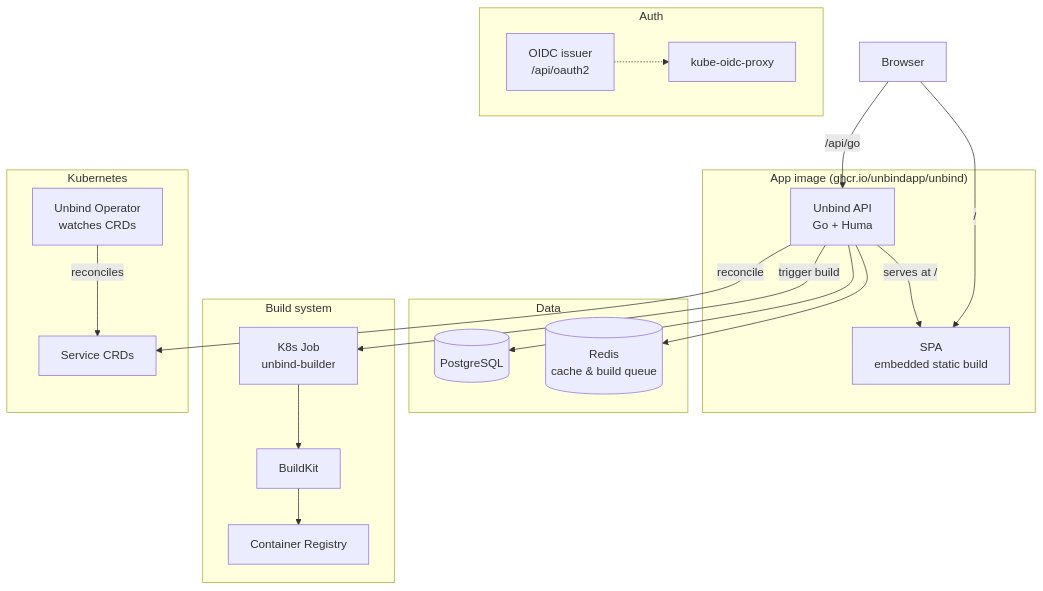
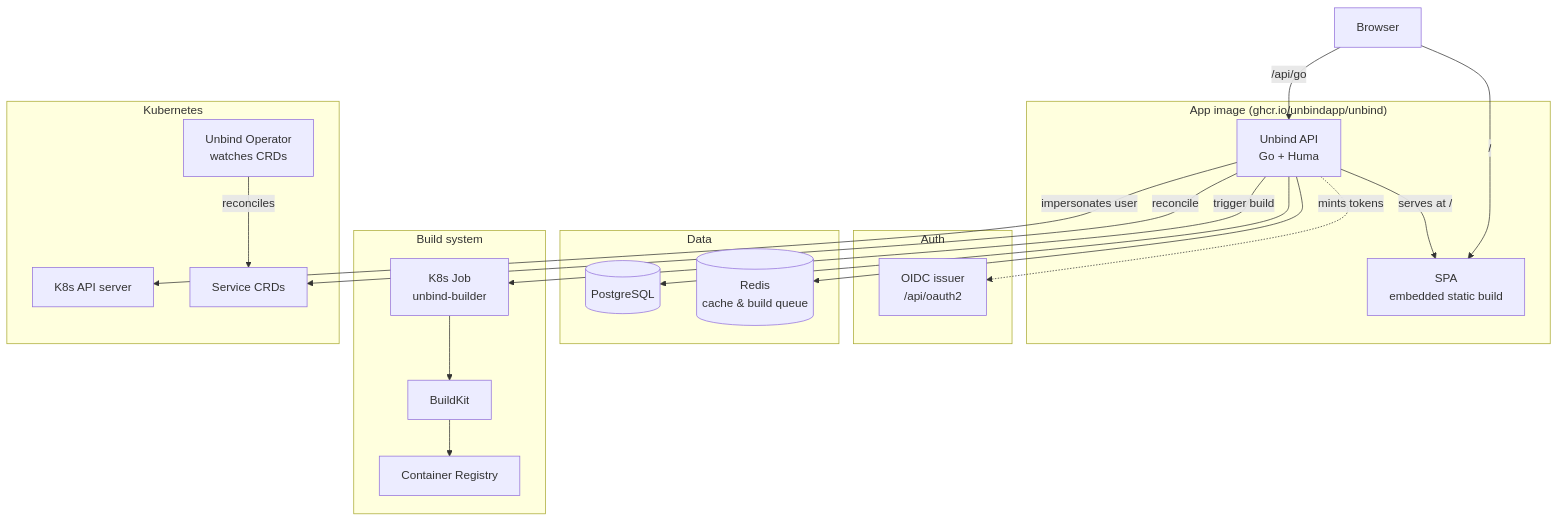
Before and after one commit to unbindapp/unbind: the diagram in README.md, drawn with Mermaid. The commit also changed 48 other files, not shown here.

Commit message:
auth: remove oidc proxy and use impersonation directly

````diff
--- a/README.md
+++ b/README.md
@@ -57,39 +57,40 @@
 ```mermaid
 graph TB
     subgraph "App image (ghcr.io/unbindapp/unbind)"
         SPA[SPA<br/>embedded static build]
         API[Unbind API<br/>Go + Huma]
         API -->|serves at /| SPA
     end
 
     subgraph "Auth"
         OIDC[OIDC issuer<br/>/api/oauth2]
-        Proxy[kube-oidc-proxy]
-        OIDC -.-> Proxy
     end
 
     subgraph "Data"
         DB[(PostgreSQL)]
         Redis[(Redis<br/>cache & build queue)]
     end
 
     subgraph "Build system"
         BuildJob[K8s Job<br/>unbind-builder]
         BuildKit[BuildKit]
         Registry[Container Registry]
         BuildJob --> BuildKit --> Registry
     end
 
     subgraph "Kubernetes"
+        KubeAPI[K8s API server]
         Operator[Unbind Operator<br/>watches CRDs]
         CRD[Service CRDs]
         Operator -->|reconciles| CRD
     end
 
     Browser -->|/| SPA
     Browser -->|/api/go| API
     API --> DB
     API --> Redis
     API -->|trigger build| BuildJob
     API -->|reconcile| CRD
+    API -.->|mints tokens| OIDC
+    API -->|impersonates user| KubeAPI
 ```
````
